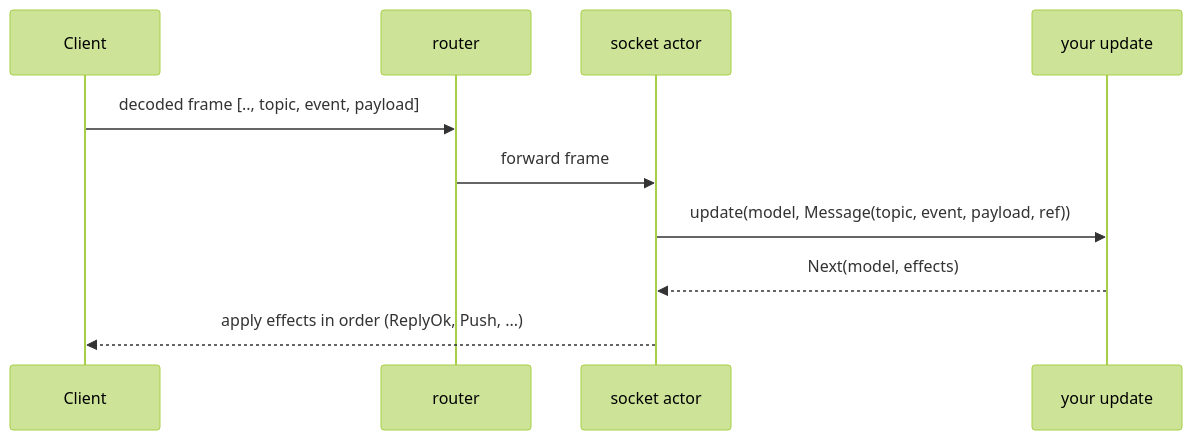
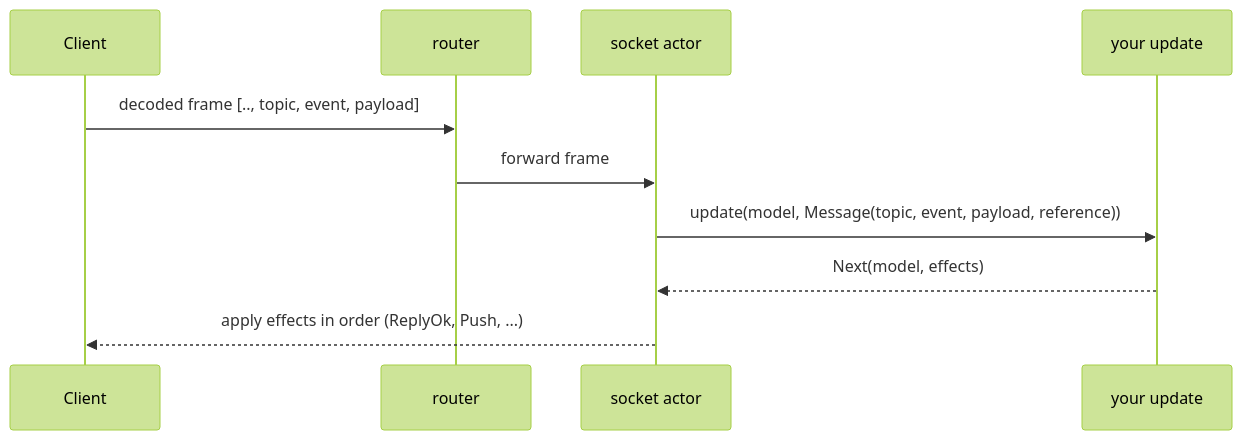
Before and after one commit to tylerbutler/beryl: the third of 6 diagrams in website/src/content/docs/architecture/message-lifecycle.md, drawn with Mermaid (forest theme). The commit also changed other lines of this file and 42 other files, not shown here.

First line of the commit message:
refactor(socket)!: spell out reference handles (#600)

````diff
--- a/website/src/content/docs/architecture/message-lifecycle.md
+++ b/website/src/content/docs/architecture/message-lifecycle.md
@@ -67,12 +67,12 @@
 ```mermaid
 sequenceDiagram
   participant Client
   participant Router as router
   participant Socket as socket actor
   participant App as your update
   Client->>Router: decoded frame [.., topic, event, payload]
   Router->>Socket: forward frame
-  Socket->>App: update(model, Message(topic, event, payload, ref))
+  Socket->>App: update(model, Message(topic, event, payload, reference))
   App-->>Socket: Next(model, effects)
   Socket-->>Client: apply effects in order (ReplyOk, Push, ...)
 ```
````
